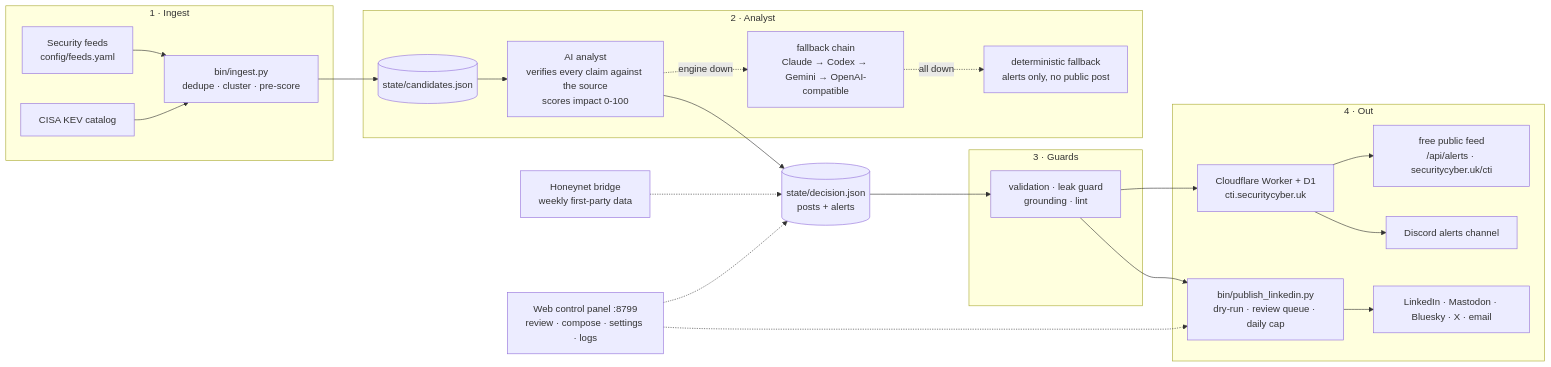
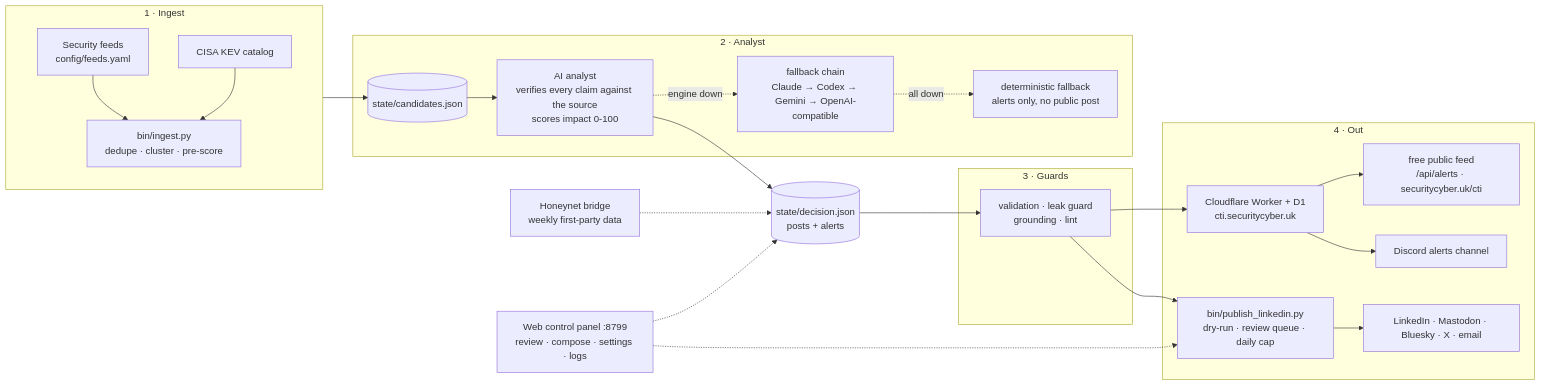
One commit to sercuritycyber/Automated_threat_tool changed the diagram in README.md. Above: the diagram before and after it, drawn with Mermaid. The commit also changed other lines of this file, not shown here.

Commit message:
readme: 'Pipeline Architecture' heading; stack Ingest sources top-down

````diff
--- a/README.md
+++ b/README.md
@@ -9,32 +11,33 @@
 ```mermaid
 flowchart LR
     subgraph IN["1 · Ingest"]
+        direction TB
         F["Security feeds<br/>config/feeds.yaml"] --> I["bin/ingest.py<br/>dedupe · cluster · pre-score"]
         K["CISA KEV catalog"] --> I
     end
     I --> C[("state/candidates.json")]
 
     subgraph AN["2 · Analyst"]
         C --> A["AI analyst<br/>verifies every claim against the source<br/>scores impact 0-100"]
         A -. "engine down" .-> B["fallback chain<br/>Claude → Codex → Gemini → OpenAI-compatible"]
         B -. "all down" .-> D["deterministic fallback<br/>alerts only, no public post"]
     end
     A --> J[("state/decision.json<br/>posts + alerts")]
     H["Honeynet bridge<br/>weekly first-party data"] -.-> J
 
     subgraph GU["3 · Guards"]
         V["validation · leak guard<br/>grounding · lint"]
     end
     J --> V
 
     subgraph OUT["4 · Out"]
         V --> W["Cloudflare Worker + D1<br/>cti.securitycyber.uk"]
         W --> W1["free public feed<br/>/api/alerts · securitycyber.uk/cti"]
         W --> W2["Discord alerts channel"]
         V --> P["bin/publish_linkedin.py<br/>dry-run · review queue · daily cap"]
         P --> S["LinkedIn · Mastodon · Bluesky · X · email"]
     end
 
     UI["Web control panel :8799<br/>review · compose · settings · logs"] -.-> J
     UI -.-> P
 ```
````
